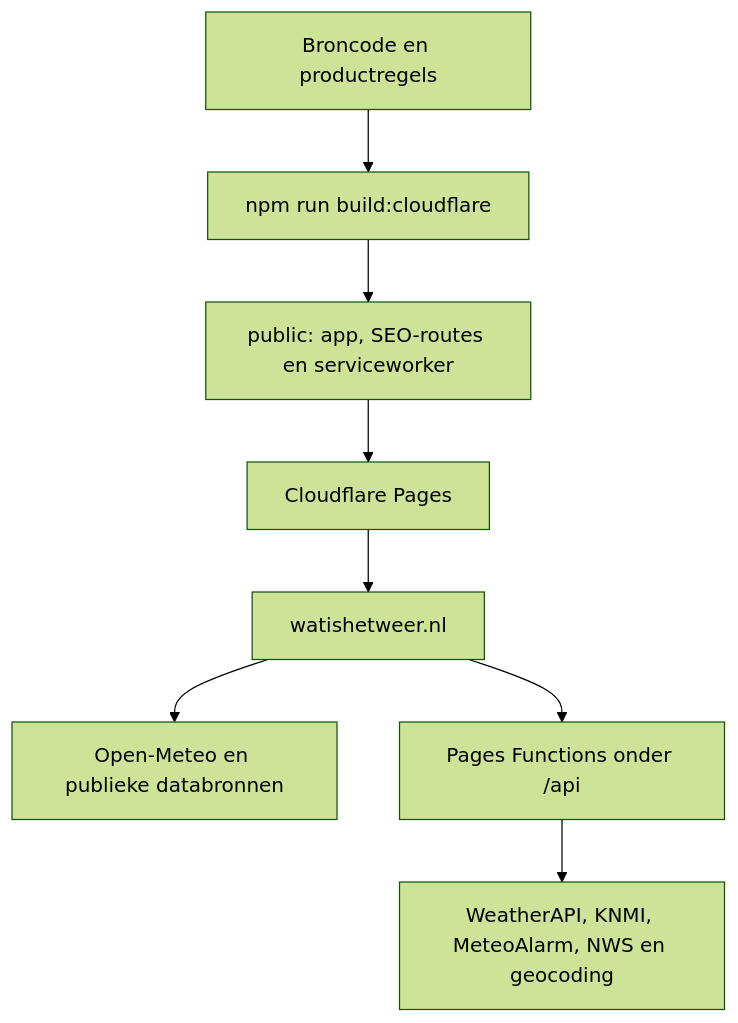
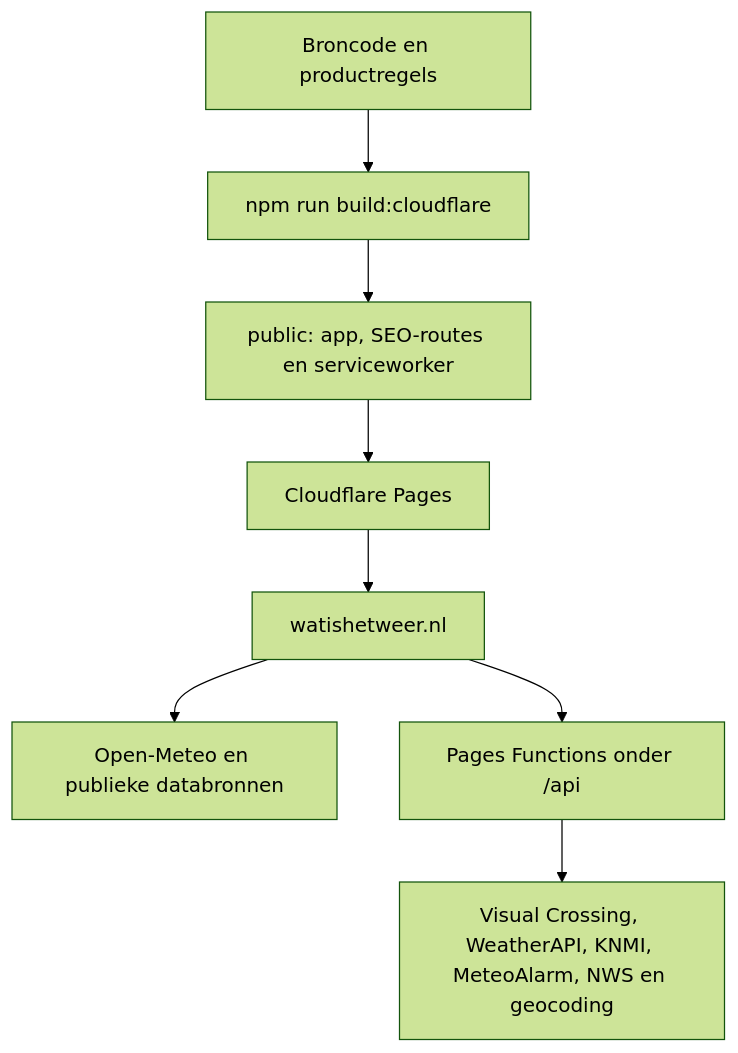
One commit to Tommjoness/watishetweer changed the diagram in docs/overdracht-runbook.md. Above: the diagram before and after it, drawn with Mermaid (forest theme). The commit also changed other lines of this file and 18 other files, not shown here.

````diff
--- a/docs/overdracht-runbook.md
+++ b/docs/overdracht-runbook.md
@@ -21,10 +21,10 @@
 ```mermaid
 flowchart TD
   A[Broncode en productregels] --> B[npm run build:cloudflare]
   B --> C[public: app, SEO-routes en serviceworker]
   C --> D[Cloudflare Pages]
   D --> E[watishetweer.nl]
   E --> F[Open-Meteo en publieke databronnen]
   E --> G[Pages Functions onder /api]
-  G --> H[WeatherAPI, KNMI, MeteoAlarm, NWS en geocoding]
+  G --> H[Visual Crossing, WeatherAPI, KNMI, MeteoAlarm, NWS en geocoding]
 ```
````
